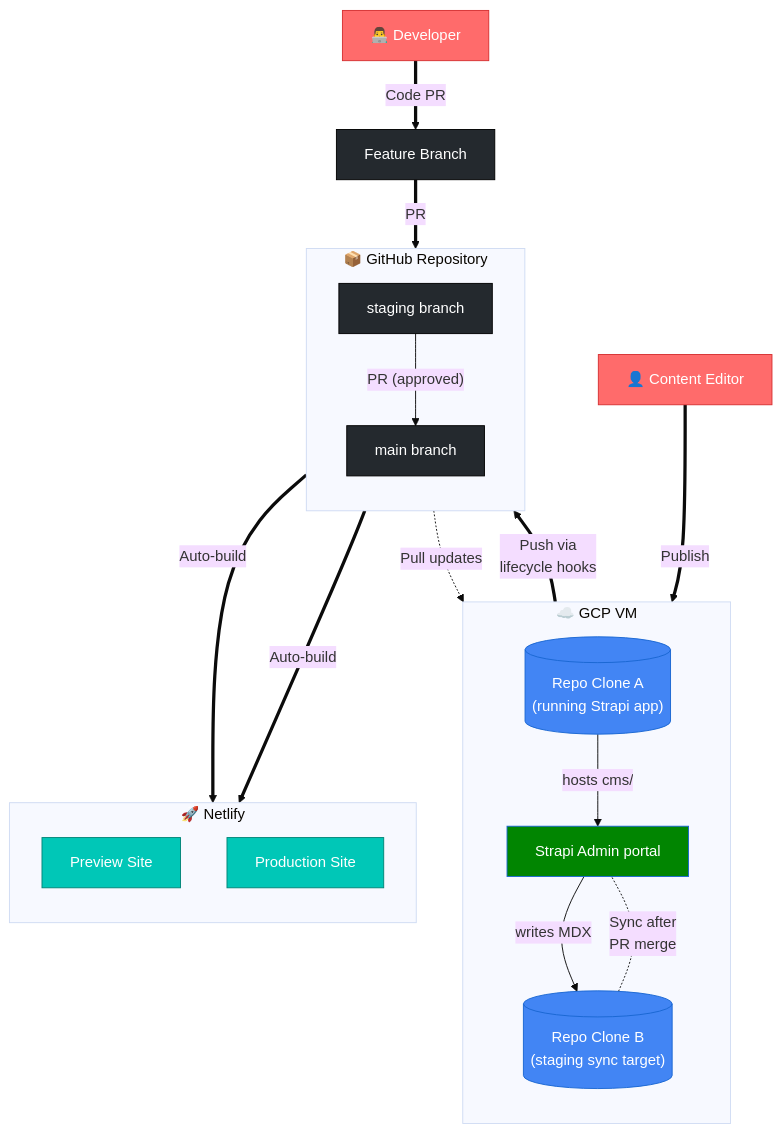
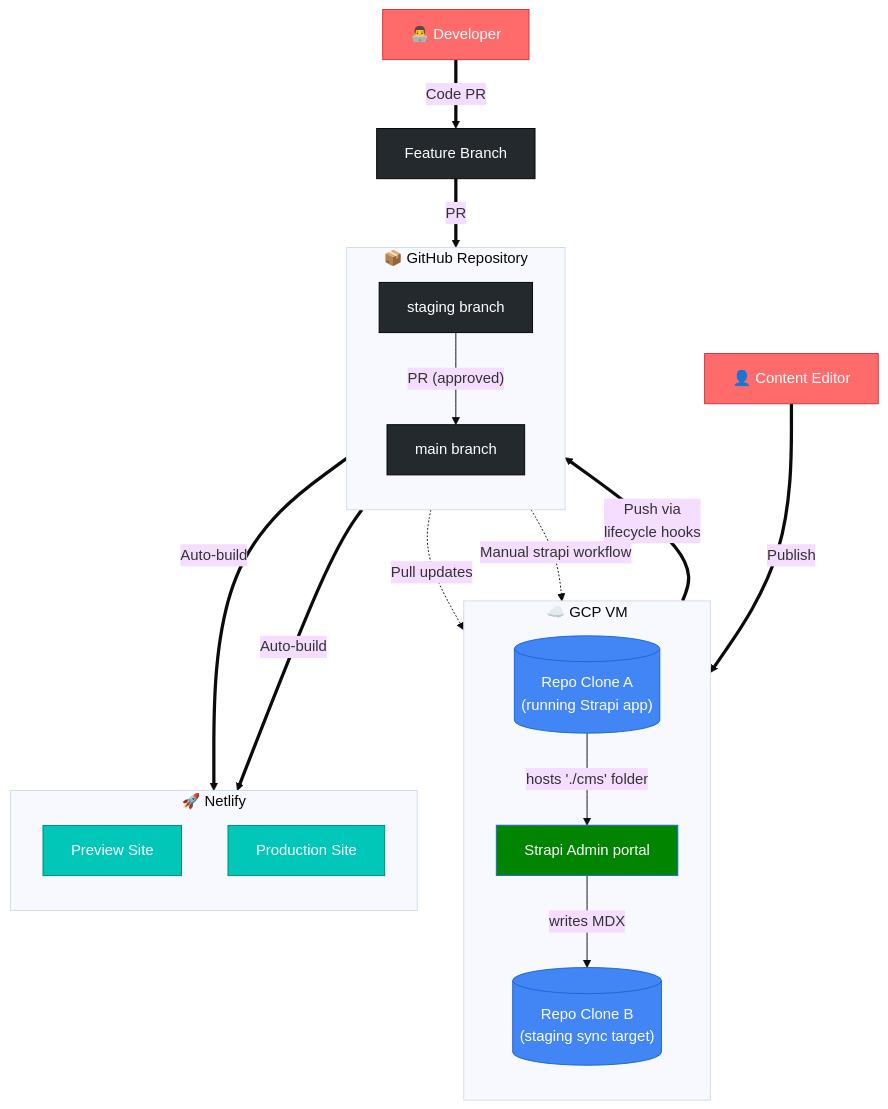
The diagram in README.md (interledger/interledger.org-v5), drawn with Mermaid (base theme) before and after one commit.

Commit message:
docs: minor corrections

````diff
--- a/README.md
+++ b/README.md
@@ -20,54 +20,55 @@
 ```mermaid
 flowchart
     subgraph gcp["☁️ GCP VM"]
         direction TB
         appclone[("Repo Clone A<br/>(running Strapi app)")]
         stagingclone[("Repo Clone B<br/>(staging sync target)")]
         strapi[Strapi Admin portal]
-        appclone -->|"hosts cms/"| strapi
+        appclone -->|"hosts './cms' folder"| strapi
         strapi -->|"writes MDX"| stagingclone
     end
 
     subgraph github["📦 GitHub Repository"]
         direction TB
         staging["staging branch"]
         main["main branch"]
     end
 
     subgraph netlify["🚀 Netlify"]
         direction TB
         preview["Preview Site"]
         production["Production Site"]
     end
+
+    github -.->|"Manual strapi workflow"| strapi
 
     editor["👤 Content Editor"]
     dev["👨‍💻 Developer"]
     feature["Feature Branch"]
 
     editor ==>|"Publish"| strapi
     dev ==>|"Code PR"| feature
 
     stagingclone ==>|"Push via<br/>lifecycle hooks"| staging
     feature ==>|"PR"| staging
 
     staging ==>|"Auto-build"| preview
     staging -->|"PR (approved)"| main
 
     main ==>|"Auto-build"| production
 
-    staging -.->|"Pull updates"| stagingclone
-    stagingclone -.-|"Sync after<br/>PR merge"| strapi
+    staging -.->|"Pull updates"| appclone
 
     classDef gcpStyle fill:#4285f4,stroke:#1967d2,color:#fff
     classDef portalStyle fill:#018501,stroke:#1967d2,color:#fff    
     classDef githubStyle fill:#24292e,stroke:#000,color:#fff
     classDef netlifyStyle fill:#00c7b7,stroke:#008577,color:#fff
     classDef userStyle fill:#ff6b6b,stroke:#d63031,color:#fff
     classDef branchStyle fill:#6c5ce7,stroke:#5f3dc4,color:#fff
 
     class strapi portalStyle
     class appclone,stagingclone gcpStyle
     class staging,main,feature githubStyle
     class preview,production netlifyStyle
     class editor,dev userStyle
 ```
````
